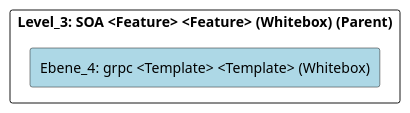
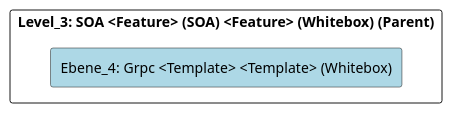
One commit to marcozwyssig/cleon changed the diagram in doc/cleonproject_deliverables_architecture_model_architecture/adoc/de/05_bausteinsicht/cleon/architecture_styles_and_patterns/soa/templategrpc/ebene_4_template.grpc.adoc. Above: the diagram before and after it, drawn with PlantUML. The commit also changed other lines of this file and 166 other files, not shown here.

```diff
--- a/doc/cleonproject_deliverables_architecture_model_architecture/adoc/de/05_bausteinsicht/cleon/architecture_styles_and_patterns/soa/templategrpc/ebene_4_template.grpc.adoc
+++ b/doc/cleonproject_deliverables_architecture_model_architecture/adoc/de/05_bausteinsicht/cleon/architecture_styles_and_patterns/soa/templategrpc/ebene_4_template.grpc.adoc
@@ -20,24 +20,24 @@
-[plantuml, Ebene_4: grpc <Template> <Template> (Whitebox)BlockOverview, format="svg"]
+[plantuml, Ebene_4: Grpc <Template> <Template> (Whitebox)BlockOverview, format="svg"]
 ----
-@startuml Ebene_4: grpc <Template> <Template> (Whitebox)BuildingBlockOverview
+@startuml Ebene_4: Grpc <Template> <Template> (Whitebox)BuildingBlockOverview
 
 skinparam ranksep 10
 skinparam componentStyle rectangle
 skinparam shadowing false
 skinparam arrowColor lightblue
 skinparam arrowThickness 1.2
 skinparam rectangle {
   BackgroundColor White
   BorderColor #333
   RoundCorner 10
 }
 top to bottom direction
 
-component "Level_3: SOA <Feature> <Feature> (Whitebox) (Parent)" {
-    component "Ebene_4: grpc <Template> <Template> (Whitebox)" #lightblue {
+component "Level_3: SOA <Feature> (SOA) <Feature> (Whitebox) (Parent)" {
+    component "Ebene_4: Grpc <Template> <Template> (Whitebox)" #lightblue {
     }
 
 }
 
 @enduml
 ----
```
